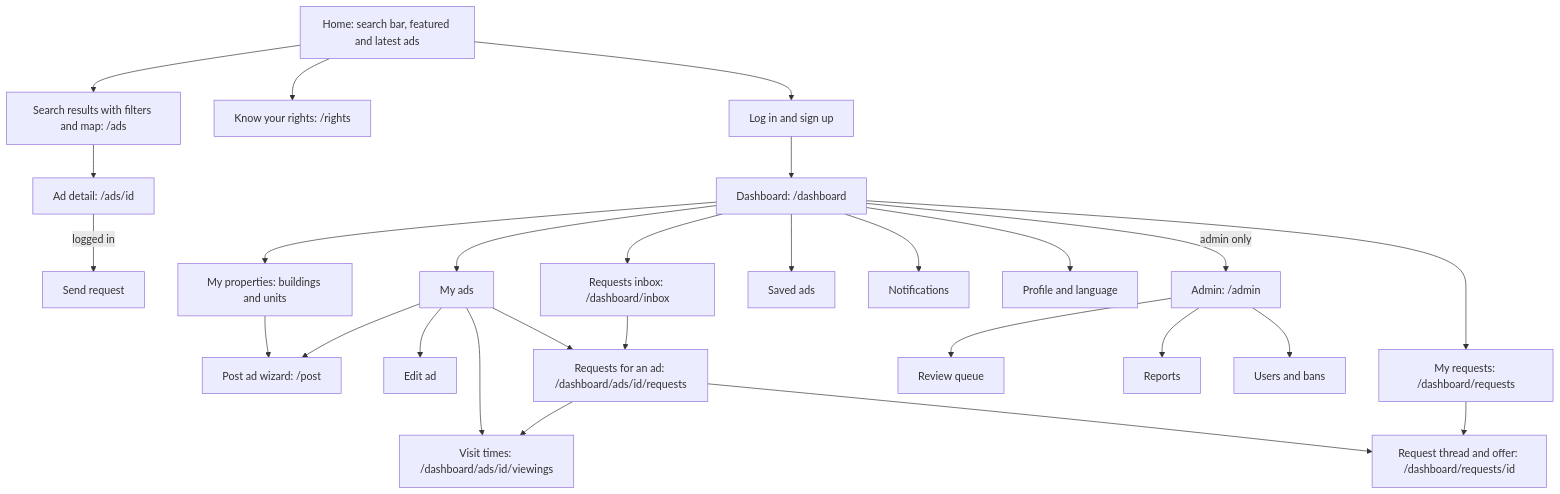
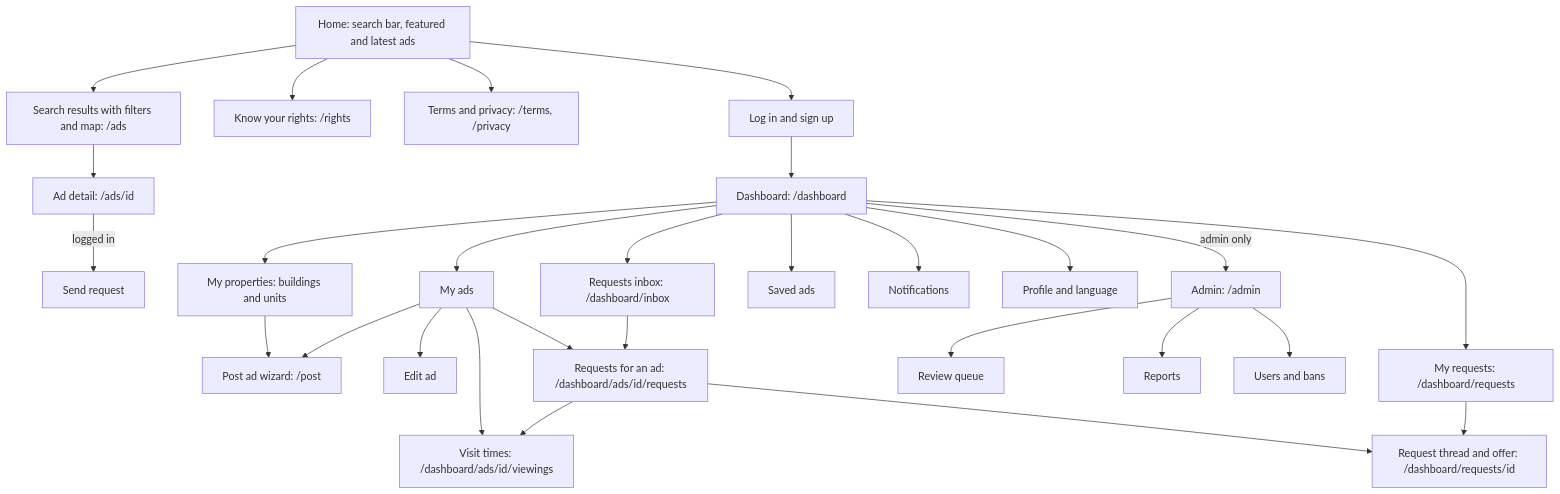
Before and after one commit to house-manager-bd/house-manager: the third of 6 diagrams in docs/PROJECT_PLAN.md, drawn with Mermaid. The commit also changed other lines of this file and 63 other files, not shown here.

````diff
--- a/docs/PROJECT_PLAN.md
+++ b/docs/PROJECT_PLAN.md
@@ -392,29 +392,30 @@
 ```mermaid
 flowchart TD
     HOME["Home: search bar, featured and latest ads"] --> SEARCH["Search results with filters and map: /ads"]
     SEARCH --> DETAIL["Ad detail: /ads/id"]
     HOME --> RIGHTS["Know your rights: /rights"]
+    HOME --> LEGAL["Terms and privacy: /terms, /privacy"]
     HOME --> LOGIN["Log in and sign up"]
     DETAIL -->|"logged in"| REQ["Send request"]
     LOGIN --> DASH["Dashboard: /dashboard"]
     DASH --> PROPS["My properties: buildings and units"]
     PROPS --> POST["Post ad wizard: /post"]
     DASH --> MYADS["My ads"]
     MYADS --> POST
     MYADS --> EDIT["Edit ad"]
     MYADS --> INBOX["Requests for an ad: /dashboard/ads/id/requests"]
     MYADS --> VISITS["Visit times: /dashboard/ads/id/viewings"]
     INBOX --> VISITS
     DASH --> INBOXALL["Requests inbox: /dashboard/inbox"]
     INBOXALL --> INBOX
     DASH --> MYREQ["My requests: /dashboard/requests"]
     INBOX --> THREAD["Request thread and offer: /dashboard/requests/id"]
     MYREQ --> THREAD
     DASH --> SAVED["Saved ads"]
     DASH --> NOTI["Notifications"]
     DASH --> PROFILE["Profile and language"]
     DASH -->|"admin only"| ADMIN["Admin: /admin"]
     ADMIN --> QUEUE["Review queue"]
     ADMIN --> REPORTS["Reports"]
     ADMIN --> USERS["Users and bans"]
 ```
````
